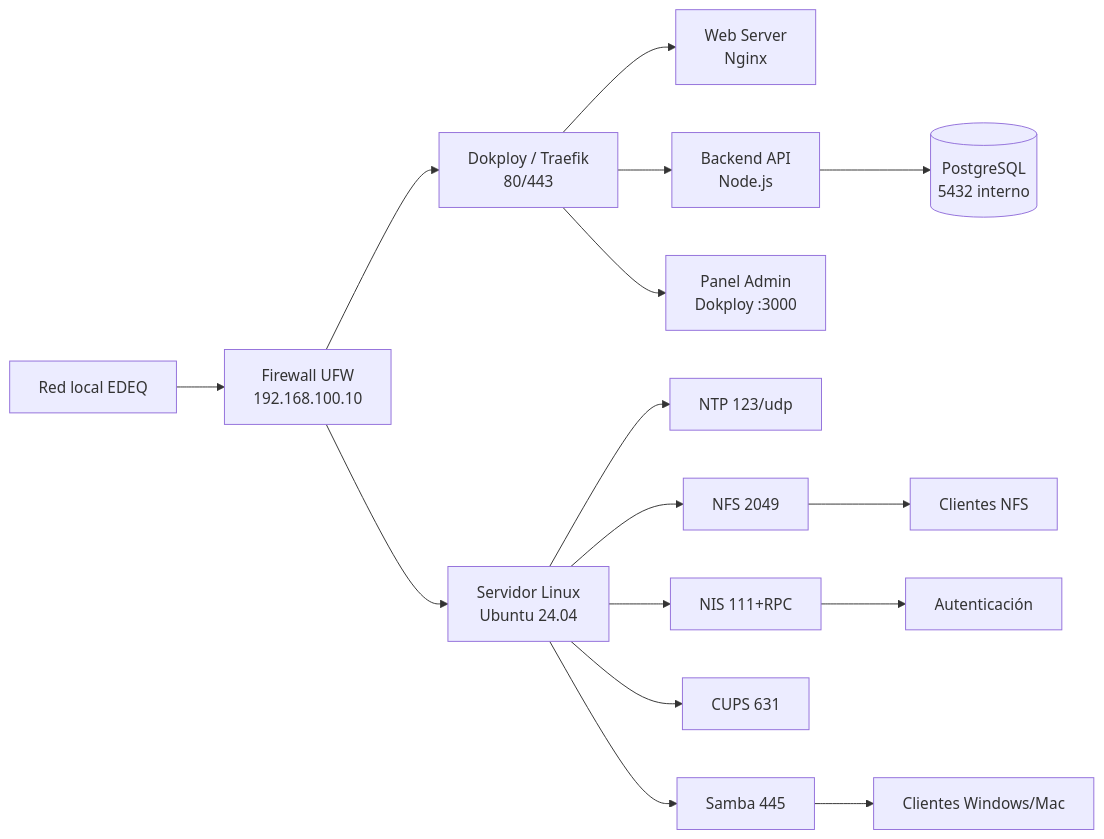
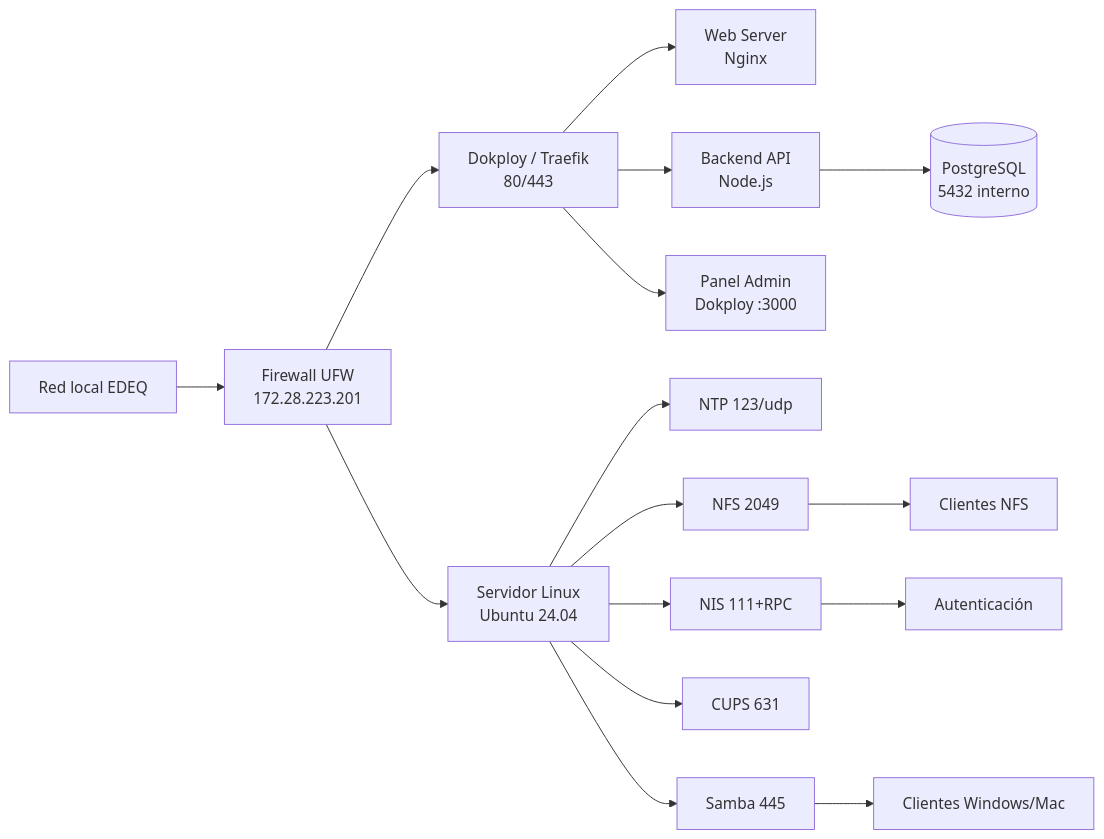
Before and after one commit to JuanesArangoi/proyecto-final-edeq: the diagram in analisis.md, drawn with Mermaid. The commit also changed other lines of this file and 7 other files, not shown here.

````diff
--- a/analisis.md
+++ b/analisis.md
@@ -75,18 +77,18 @@
 ```mermaid
 graph LR
-    A["Red local EDEQ"] --> FW["Firewall UFW<br/>192.168.100.10"]
+    A["Red local EDEQ"] --> FW["Firewall UFW<br/>172.28.223.201"]
     FW --> B["Dokploy / Traefik<br/>80/443"]
     FW --> F["Servidor Linux<br/>Ubuntu 24.04"]
     B --> C["Web Server<br/>Nginx"]
     B --> D["Backend API<br/>Node.js"]
     B --> E["Panel Admin<br/>Dokploy :3000"]
     D --> DB[("PostgreSQL<br/>5432 interno")]
     F --> G["NTP 123/udp"]
     F --> H["NFS 2049"]
     F --> I["NIS 111+RPC"]
     F --> J["CUPS 631"]
     F --> K["Samba 445"]
     H --> L["Clientes NFS"]
     K --> M["Clientes Windows/Mac"]
     I --> N["Autenticación"]
 ```
````
